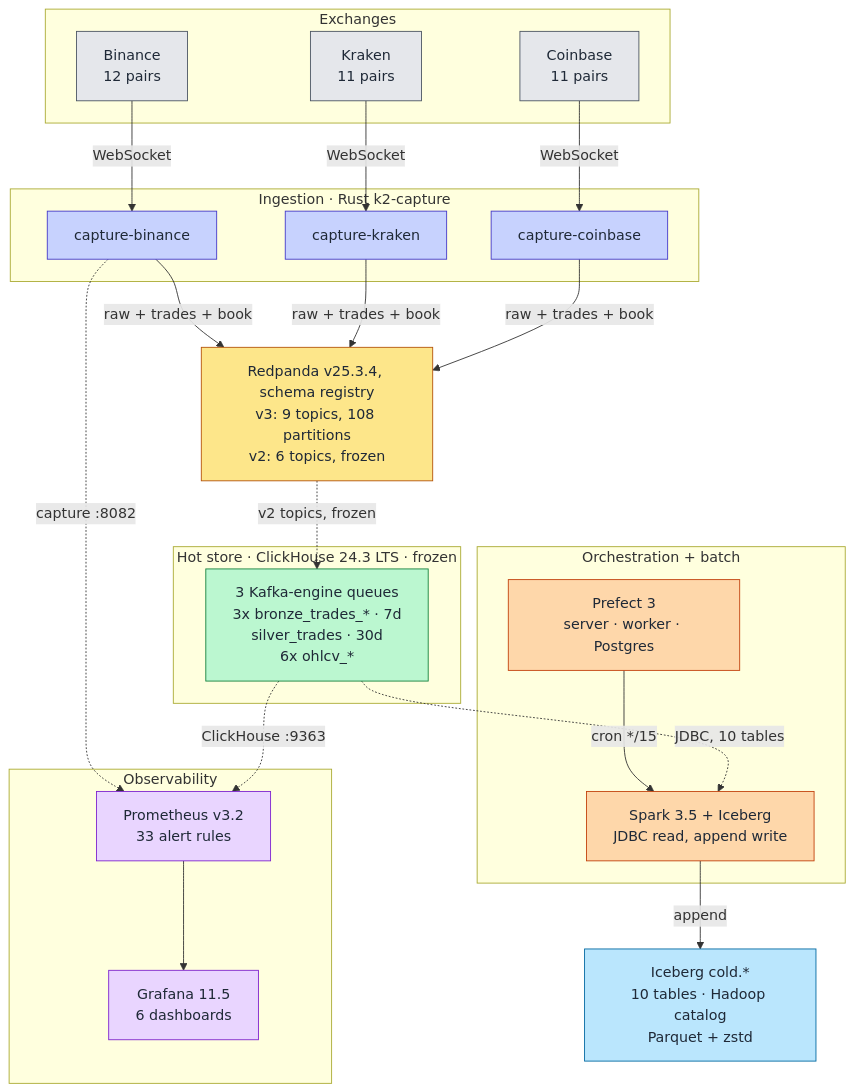
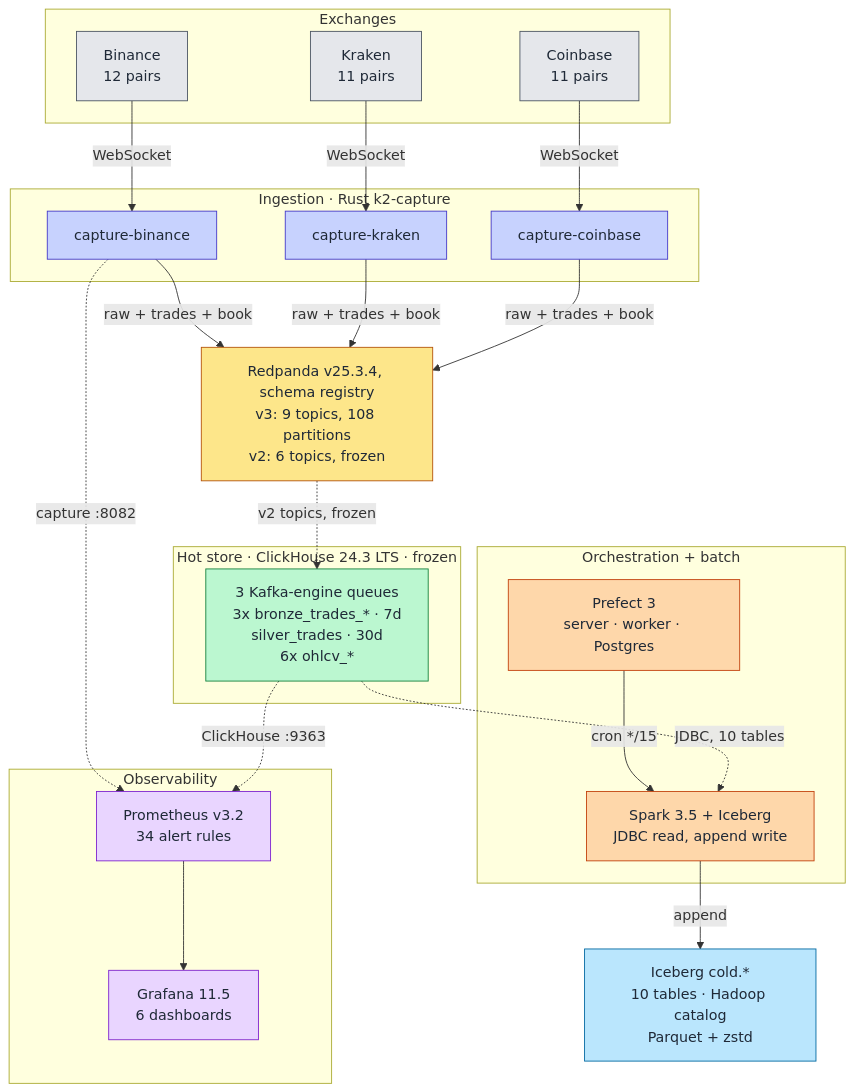
Before and after one commit to rjdscott/k2-market-data-platform: the first of 5 diagrams in docs/architecture/README.md, drawn with Mermaid. The commit also changed other lines of this file and 11 other files, not shown here.

````diff
--- a/docs/architecture/README.md
+++ b/docs/architecture/README.md
@@ -13,62 +13,62 @@
 ```mermaid
 flowchart TB
     subgraph EX["Exchanges"]
         BIN["Binance<br/>12 pairs"]
         KRK["Kraken<br/>11 pairs"]
         CBS["Coinbase<br/>11 pairs"]
     end
 
     subgraph FH["Ingestion · Rust k2-capture"]
         FHB["capture-binance"]
         FHK["capture-kraken"]
         FHC["capture-coinbase"]
     end
 
     RP["Redpanda v25.3.4, schema registry<br/>v3: 9 topics, 108 partitions<br/>v2: 6 topics, frozen"]
 
     subgraph CH["Hot store · ClickHouse 24.3 LTS · frozen"]
         MED["3 Kafka-engine queues<br/>3x bronze_trades_* · 7d<br/>silver_trades · 30d<br/>6x ohlcv_*"]
     end
 
     subgraph BATCH["Orchestration + batch"]
         PF["Prefect 3<br/>server · worker · Postgres"]
         SP["Spark 3.5 + Iceberg<br/>JDBC read, append write"]
     end
 
     ICE["Iceberg cold.*<br/>10 tables · Hadoop catalog<br/>Parquet + zstd"]
 
     subgraph OBS["Observability"]
-        PR["Prometheus v3.2<br/>33 alert rules"]
+        PR["Prometheus v3.2<br/>34 alert rules"]
         GR["Grafana 11.5<br/>6 dashboards"]
     end
 
     BIN -->|WebSocket| FHB
     KRK -->|WebSocket| FHK
     CBS -->|WebSocket| FHC
     FHB -->|"raw + trades + book"| RP
     FHK -->|"raw + trades + book"| RP
     FHC -->|"raw + trades + book"| RP
     RP -.->|"v2 topics, frozen"| MED
     PF -->|"cron */15"| SP
     MED -.->|"JDBC, 10 tables"| SP
     SP -->|append| ICE
     FHB -.->|"capture :8082"| PR
     MED -.->|"ClickHouse :9363"| PR
     PR --> GR
 
     classDef exchange fill:#e5e7eb,stroke:#4b5563,color:#1f2937
     classDef rust fill:#c7d2fe,stroke:#4338ca,color:#1f2937
     classDef stream fill:#fde68a,stroke:#b45309,color:#1f2937
     classDef ch fill:#bbf7d0,stroke:#15803d,color:#1f2937
     classDef batch fill:#fed7aa,stroke:#c2410c,color:#1f2937
     classDef storage fill:#bae6fd,stroke:#0369a1,color:#1f2937
     classDef obs fill:#e9d5ff,stroke:#7e22ce,color:#1f2937
 
     class BIN,KRK,CBS exchange
     class FHB,FHK,FHC rust
     class RP stream
     class MED ch
     class PF,SP batch
     class ICE storage
     class PR,GR obs
 ```
````
